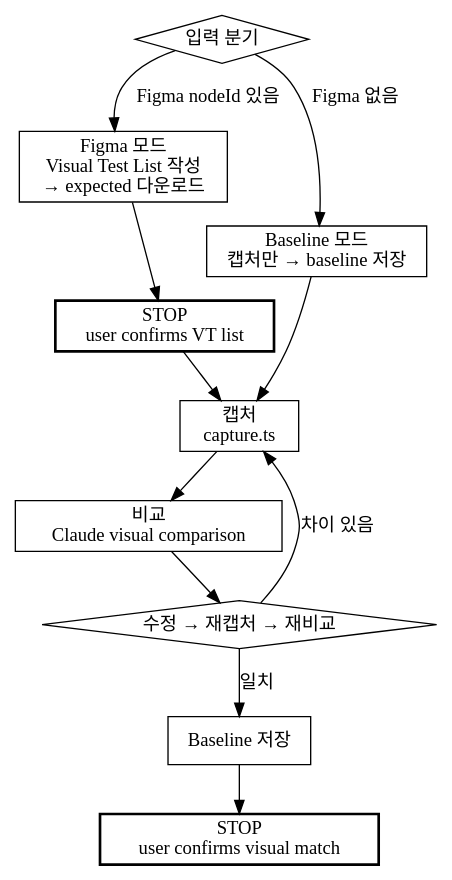
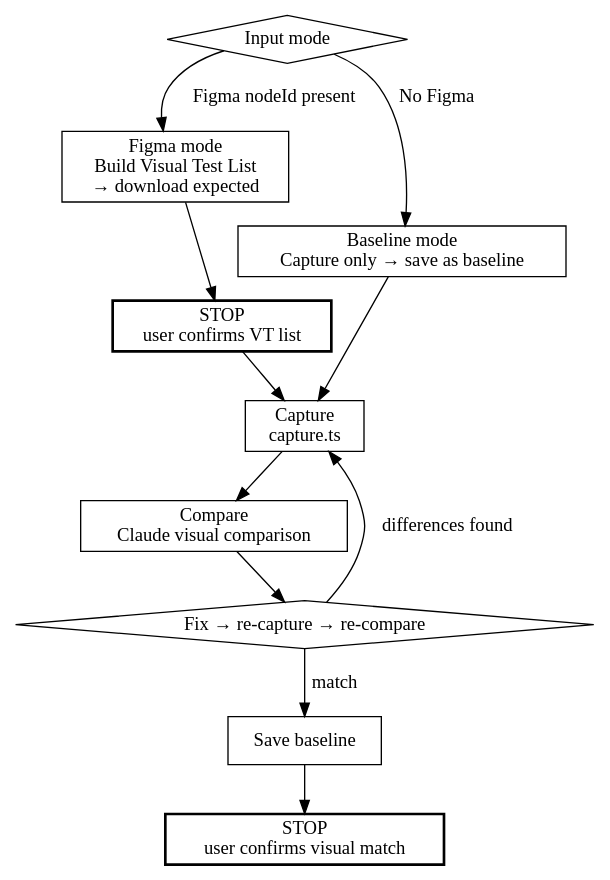
The diagram in skills/fe-visual-tdd/SKILL.md (ludacirs/fe-harness-skill), drawn with Graphviz before and after one commit. The commit also changed other lines of this file and 8 other files, not shown here.

````diff
--- a/skills/fe-visual-tdd/SKILL.md
+++ b/skills/fe-visual-tdd/SKILL.md
@@ -20,26 +21,26 @@
 ```dot
 digraph fe_visual_tdd {
   node [shape=box];
 
-  input [label="입력 분기" shape=diamond];
-  figma_mode [label="Figma 모드\nVisual Test List 작성\n→ expected 다운로드"];
-  baseline_mode [label="Baseline 모드\n캡처만 → baseline 저장"];
+  input [label="Input mode" shape=diamond];
+  figma_mode [label="Figma mode\nBuild Visual Test List\n→ download expected"];
+  baseline_mode [label="Baseline mode\nCapture only → save as baseline"];
   stop_vt [label="STOP\nuser confirms VT list" style=bold];
-  capture [label="캡처\ncapture.ts"];
-  compare [label="비교\nClaude visual comparison"];
-  iterate [label="수정 → 재캡처 → 재비교" shape=diamond];
-  save [label="Baseline 저장"];
+  capture [label="Capture\ncapture.ts"];
+  compare [label="Compare\nClaude visual comparison"];
+  iterate [label="Fix → re-capture → re-compare" shape=diamond];
+  save [label="Save baseline"];
   stop_done [label="STOP\nuser confirms visual match" style=bold];
 
-  input -> figma_mode [label="Figma nodeId 있음"];
-  input -> baseline_mode [label="Figma 없음"];
+  input -> figma_mode [label="Figma nodeId present"];
+  input -> baseline_mode [label="No Figma"];
   figma_mode -> stop_vt;
   stop_vt -> capture;
   baseline_mode -> capture;
   capture -> compare;
   compare -> iterate;
-  iterate -> capture [label="차이 있음"];
-  iterate -> save [label="일치"];
+  iterate -> capture [label="differences found"];
+  iterate -> save [label="match"];
   save -> stop_done;
 }
 ```
````
